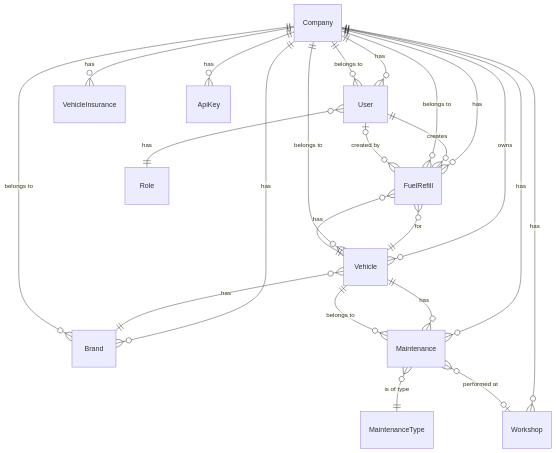
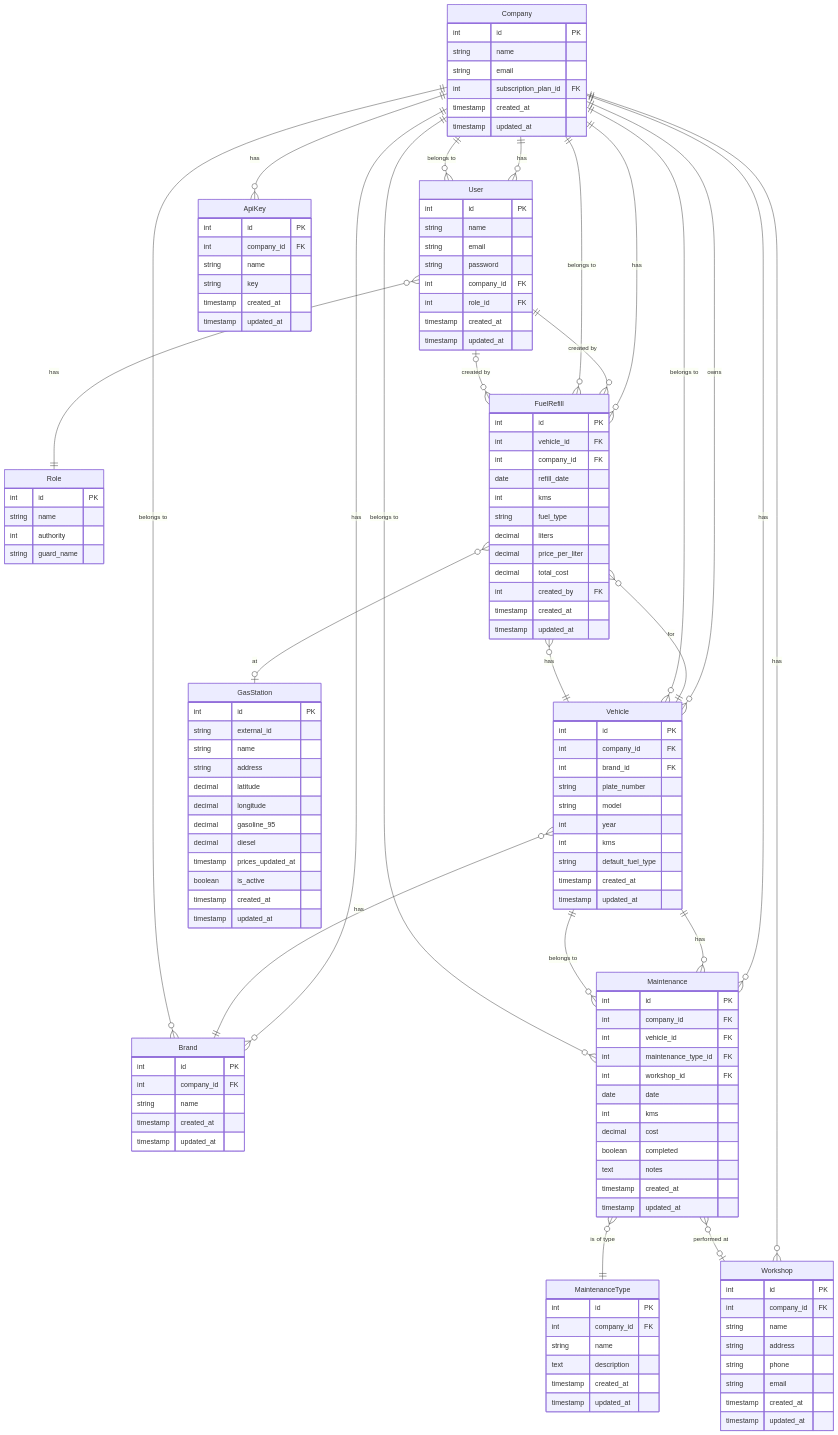
The second of 2 diagrams in readme.md (LIDR-academy/AI4Devs-finalproject), drawn with Mermaid before and after one commit. The commit also changed other lines of this file and 10 other files, not shown here.

Commit message:
Mejoras documentación: modelo de datos (tablas, campos, tipos), diagrama ER, sin refs a flotiko_backend/frontend

````diff
--- a/readme.md
+++ b/readme.md
@@ -168,16 +169,126 @@
 ```mermaid
 erDiagram
+    Company {
+        int id PK
+        string name
+        string email
+        int subscription_plan_id FK
+        timestamp created_at
+        timestamp updated_at
+    }
+    User {
+        int id PK
+        string name
+        string email
+        string password
+        int company_id FK
+        int role_id FK
+        timestamp created_at
+        timestamp updated_at
+    }
+    Role {
+        int id PK
+        string name
+        int authority
+        string guard_name
+    }
+    Vehicle {
+        int id PK
+        int company_id FK
+        int brand_id FK
+        string plate_number
+        string model
+        int year
+        int kms
+        string default_fuel_type
+        timestamp created_at
+        timestamp updated_at
+    }
+    Brand {
+        int id PK
+        int company_id FK
+        string name
+        timestamp created_at
+        timestamp updated_at
+    }
+    FuelRefill {
+        int id PK
+        int vehicle_id FK
+        int company_id FK
+        date refill_date
+        int kms
+        string fuel_type
+        decimal liters
+        decimal price_per_liter
+        decimal total_cost
+        int created_by FK
+        timestamp created_at
+        timestamp updated_at
+    }
+    Maintenance {
+        int id PK
+        int company_id FK
+        int vehicle_id FK
+        int maintenance_type_id FK
+        int workshop_id FK
+        date date
+        int kms
+        decimal cost
+        boolean completed
+        text notes
+        timestamp created_at
+        timestamp updated_at
+    }
+    MaintenanceType {
+        int id PK
+        int company_id FK
+        string name
+        text description
+        timestamp created_at
+        timestamp updated_at
+    }
+    Workshop {
+        int id PK
+        int company_id FK
+        string name
+        string address
+        string phone
+        string email
+        timestamp created_at
+        timestamp updated_at
+    }
+    ApiKey {
+        int id PK
+        int company_id FK
+        string name
+        string key
+        timestamp created_at
+        timestamp updated_at
+    }
+    GasStation {
+        int id PK
+        string external_id
+        string name
+        string address
+        decimal latitude
+        decimal longitude
+        decimal gasoline_95
+        decimal diesel
+        timestamp prices_updated_at
+        boolean is_active
+        timestamp created_at
+        timestamp updated_at
+    }
     Company ||--o{ User : "has"
     Company ||--o{ Vehicle : "owns"
     Company ||--o{ Brand : "has"
     Company ||--o{ Maintenance : "has"
-    Company ||--o{ VehicleInsurance : "has"
+    Company ||--o{ Workshop : "has"
     Company ||--o{ FuelRefill : "has"
-    Company ||--o{ Workshop : "has"
     Company ||--o{ ApiKey : "has"
     User }o--|| Company : "belongs to"
     User }o--|| Role : "has"
-    User ||--o{ FuelRefill : "creates"
+    User ||--o{ FuelRefill : "created by"
     Vehicle }o--|| Company : "belongs to"
     Vehicle }o--|| Brand : "has"
     Vehicle ||--o{ Maintenance : "has"
@@ -186,7 +297,9 @@
     FuelRefill }o--|| Company : "belongs to"
     FuelRefill }o--o| User : "created by"
     Maintenance }o--|| Vehicle : "belongs to"
+    Maintenance }o--|| Company : "belongs to"
     Maintenance }o--|| MaintenanceType : "is of type"
     Maintenance }o--o| Workshop : "performed at"
     Brand }o--|| Company : "belongs to"
+    FuelRefill }o--o| GasStation : "at"
 ```
````
